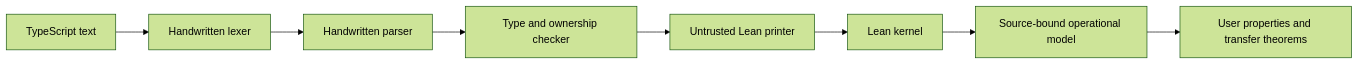
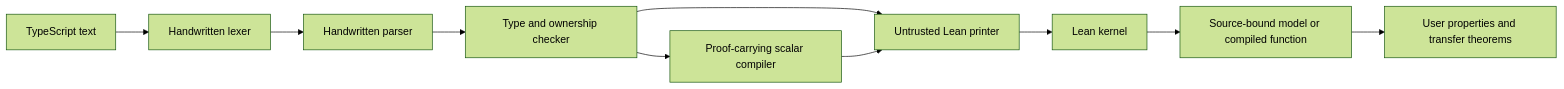
Before and after one commit to nathsou/ariadne: the diagram in docs/ARCHITECTURE.md, drawn with Mermaid (forest theme). The commit also changed other lines of this file and 44 other files, not shown here.

````diff
--- a/docs/ARCHITECTURE.md
+++ b/docs/ARCHITECTURE.md
@@ -3,10 +3,12 @@
 ```mermaid
 flowchart LR
   S[TypeScript text] --> L[Handwritten lexer]
   L --> P[Handwritten parser]
   P --> C[Type and ownership checker]
   C --> E[Untrusted Lean printer]
+  C --> V[Proof-carrying scalar compiler]
+  V --> E
   E --> K[Lean kernel]
-  K --> A[Source-bound operational model]
+  K --> A[Source-bound model or compiled function]
   A --> T[User properties and transfer theorems]
 ```
````
